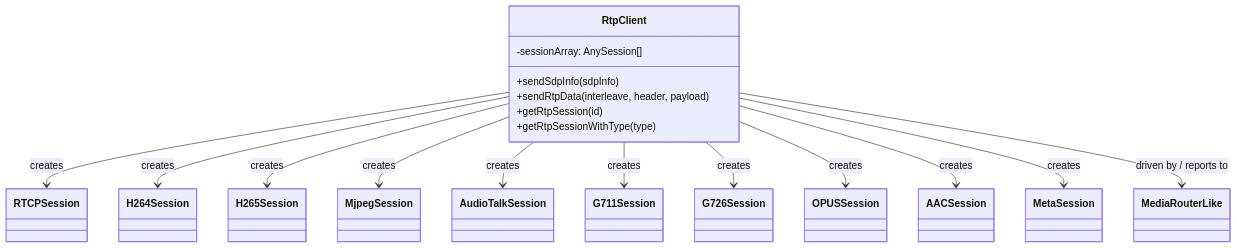
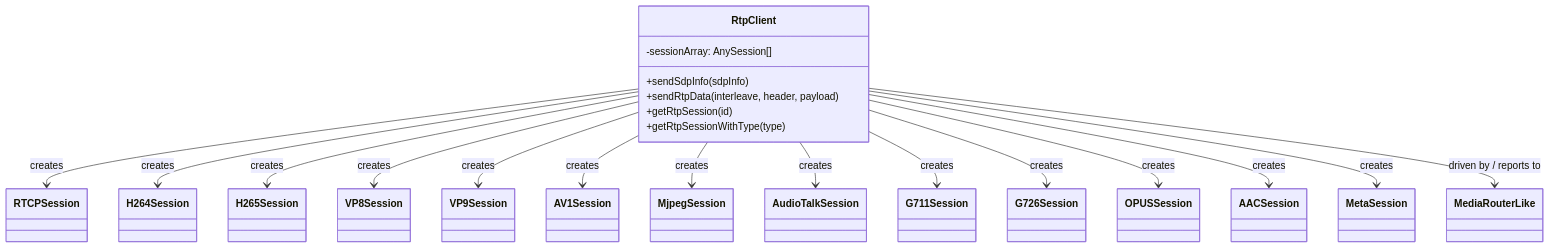
The sixth of 27 diagrams in docs/player/03-mediaSession-core-video.md (melchi45/rtsp-over-websocket), drawn with Mermaid before and after one commit. The commit also changed other lines of this file and 53 other files, not shown here.

````diff
--- a/docs/player/03-mediaSession-core-video.md
+++ b/docs/player/03-mediaSession-core-video.md
@@ -330,21 +344,24 @@
 ```mermaid
 classDiagram
     class RtpClient {
         -sessionArray: AnySession[]
         +sendSdpInfo(sdpInfo)
         +sendRtpData(interleave, header, payload)
         +getRtpSession(id)
         +getRtpSessionWithType(type)
     }
     RtpClient --> RTCPSession : creates
     RtpClient --> H264Session : creates
     RtpClient --> H265Session : creates
+    RtpClient --> VP8Session : creates
+    RtpClient --> VP9Session : creates
+    RtpClient --> AV1Session : creates
     RtpClient --> MjpegSession : creates
     RtpClient --> AudioTalkSession : creates
     RtpClient --> G711Session : creates
     RtpClient --> G726Session : creates
     RtpClient --> OPUSSession : creates
     RtpClient --> AACSession : creates
     RtpClient --> MetaSession : creates
     RtpClient --> MediaRouterLike : driven by / reports to
 ```
````
